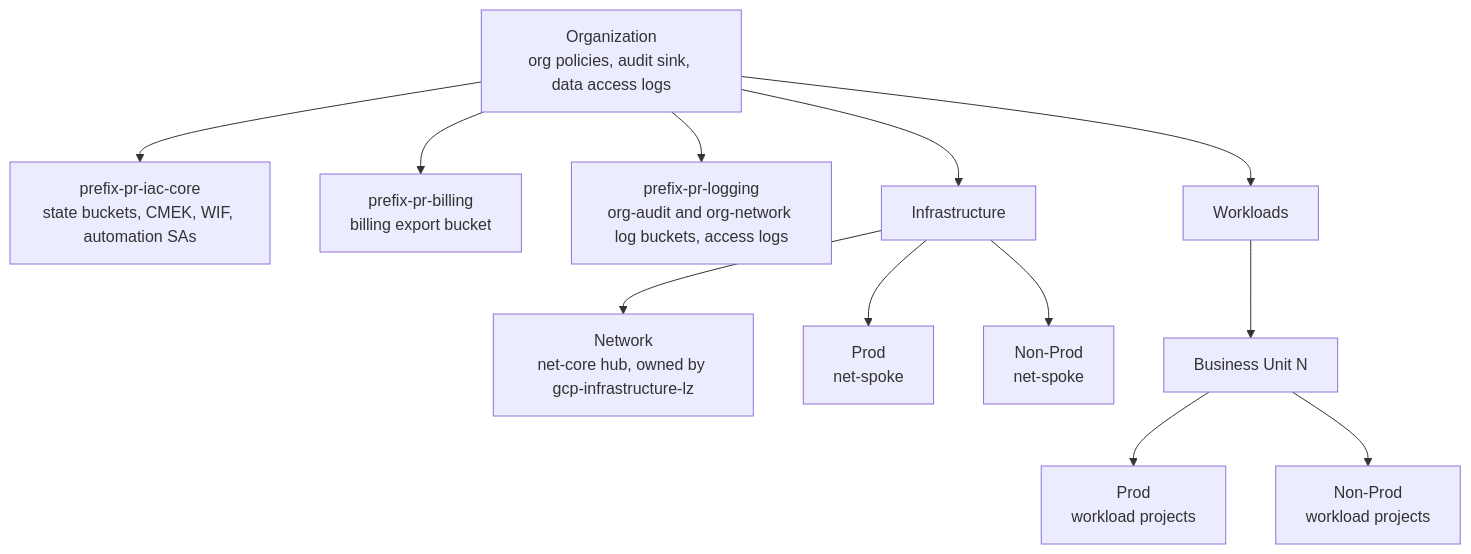
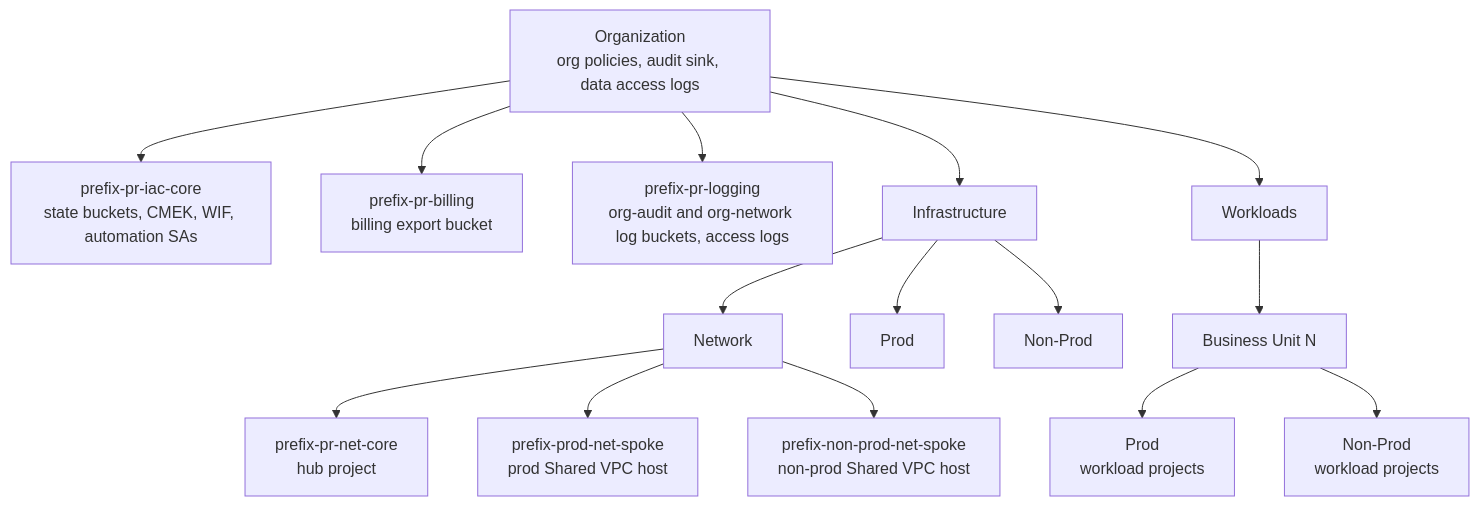
Before and after one commit to Rajendraladkat1919/gcp-foundation-bootstrap: the first of 2 diagrams in docs/architecture.md, drawn with Mermaid. The commit also changed other lines of this file and 60 other files, not shown here.

````diff
--- a/docs/architecture.md
+++ b/docs/architecture.md
@@ -5,15 +5,18 @@
 ```mermaid
 flowchart TB
   org[Organization<br/>org policies, audit sink, data access logs]
   org --> iac[prefix-pr-iac-core<br/>state buckets, CMEK, WIF, automation SAs]
   org --> bill[prefix-pr-billing<br/>billing export bucket]
   org --> log[prefix-pr-logging<br/>org-audit and org-network log buckets, access logs]
   org --> infra[Infrastructure]
   org --> wl[Workloads]
-  infra --> net[Network<br/>net-core hub, owned by gcp-infrastructure-lz]
-  infra --> iprod[Prod<br/>net-spoke]
-  infra --> inp[Non-Prod<br/>net-spoke]
+  infra --> net[Network]
+  net --> hub[prefix-pr-net-core<br/>hub project]
+  net --> pspoke[prefix-prod-net-spoke<br/>prod Shared VPC host]
+  net --> nspoke[prefix-non-prod-net-spoke<br/>non-prod Shared VPC host]
+  infra --> iprod[Prod]
+  infra --> inp[Non-Prod]
   wl --> bu[Business Unit N]
   bu --> bprod[Prod<br/>workload projects]
   bu --> bnp[Non-Prod<br/>workload projects]
 ```
````
